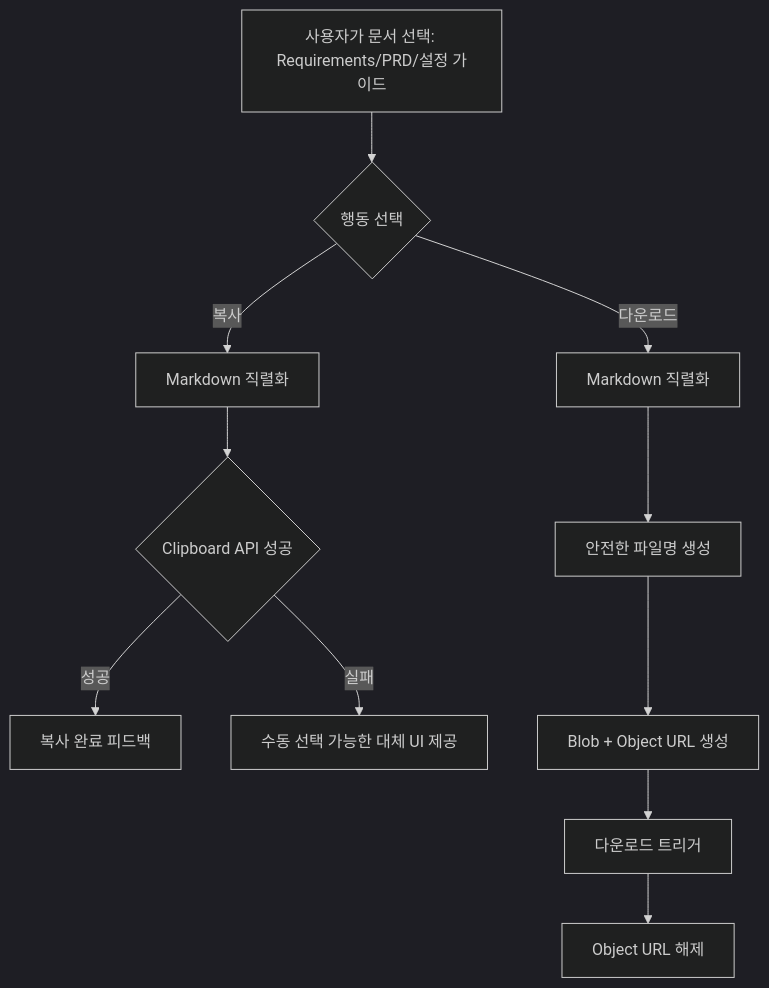
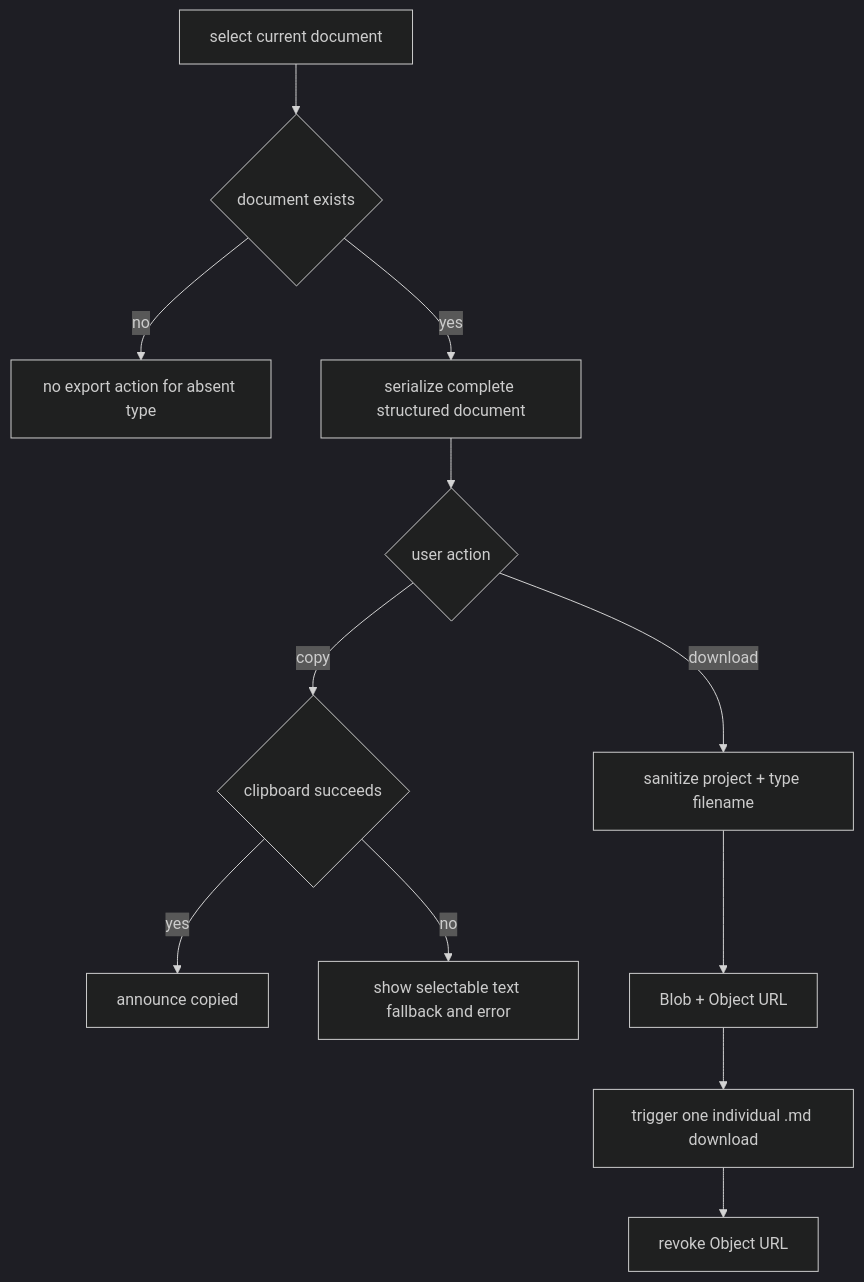
The diagram in docs/tasks/EXP-PR-01/plan.md (donghyunlee-dev/ai-agent-blueprint), drawn with Mermaid (dark theme) before and after one commit. The commit also changed other lines of this file and 17 other files, not shown here.

First line of the commit message:
Add individual Markdown export for documents (#25)

````diff
--- a/docs/tasks/EXP-PR-01/plan.md
+++ b/docs/tasks/EXP-PR-01/plan.md
@@ -47,13 +58,14 @@
 ```mermaid
 flowchart TD
-    A[사용자가 문서 선택: Requirements/PRD/설정 가이드] --> B{행동 선택}
-    B -- 복사 --> C[Markdown 직렬화]
-    C --> D{Clipboard API 성공}
-    D -- 성공 --> E[복사 완료 피드백]
-    D -- 실패 --> F[수동 선택 가능한 대체 UI 제공]
-    B -- 다운로드 --> G[Markdown 직렬화]
-    G --> H[안전한 파일명 생성]
-    H --> I[Blob + Object URL 생성]
-    I --> J[다운로드 트리거]
-    J --> K[Object URL 해제]
+  A[select current document] --> B{document exists}
+  B -- no --> C[no export action for absent type]
+  B -- yes --> D[serialize complete structured document]
+  D --> E{user action}
+  E -- copy --> F{clipboard succeeds}
+  F -- yes --> G[announce copied]
+  F -- no --> H[show selectable text fallback and error]
+  E -- download --> I[sanitize project + type filename]
+  I --> J[Blob + Object URL]
+  J --> K[trigger one individual .md download]
+  K --> L[revoke Object URL]
 ```
````
